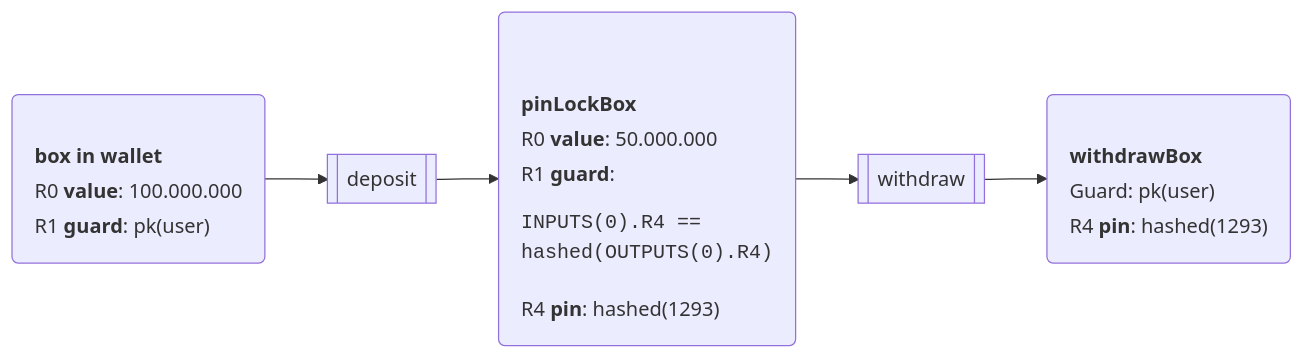
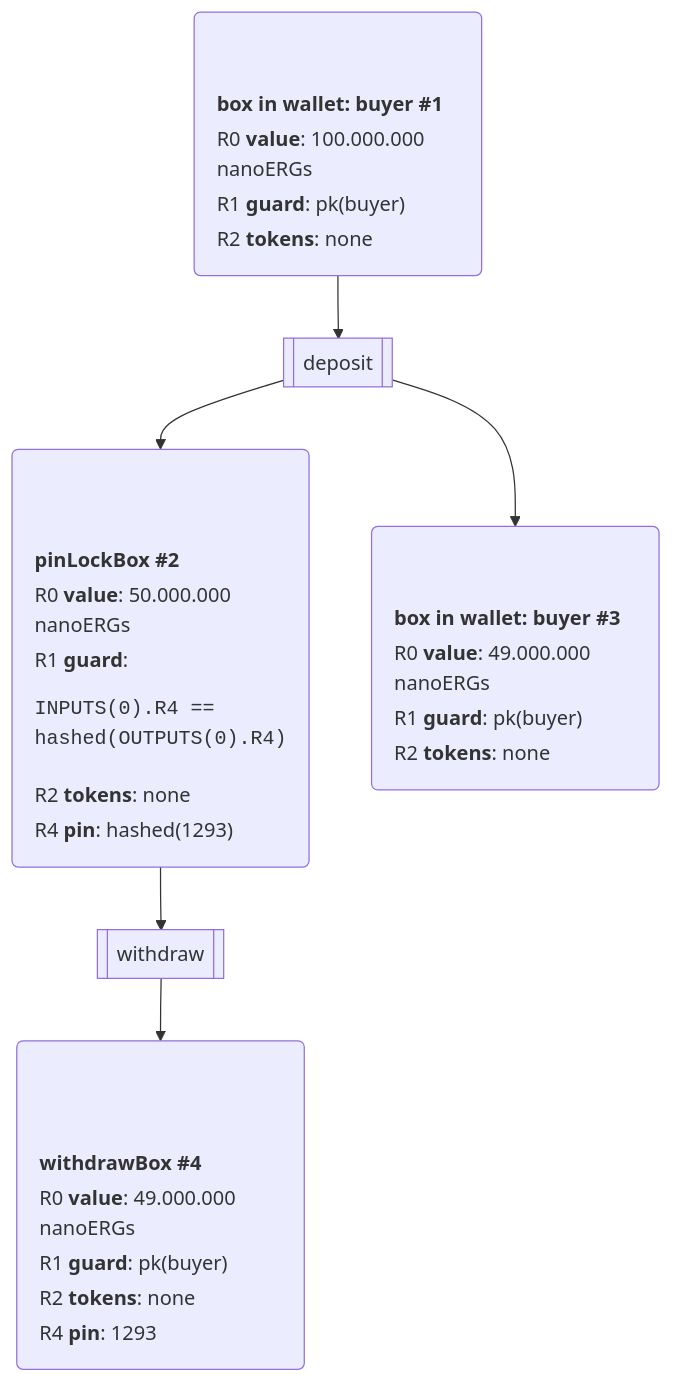
Before and after one commit to RalfWeiss/ergo-course-summary: the diagram in ergoscript/example-contracts/pinLockContract.md, drawn with Mermaid. The commit also changed 4 other files, not shown here.

Commit message:
pinLockContract version 1

````diff
--- a/ergoscript/example-contracts/pinLockContract.md
+++ b/ergoscript/example-contracts/pinLockContract.md
@@ -30,33 +30,47 @@
 ```mermaid
-flowchart LR
+flowchart TD
 
   %% adjust margin-top: lines = 5; margin-top -12ex --> (lines-1) * 3 ex
-  wallet("<table style='text-align:left; margin-top: -9ex; margin-bottom: 0;' > 
-    <tr><th '><b>box in wallet</b></th></tr> 
-    <tr><td >R0 <b>value</b>: 100.000.000</td></tr>     
-    <tr><td >R1 <b>guard</b>: pk(user)</td></tr> 
-    </table>  ")
+  walletBox1("<table style='text-align:left; margin-top: -9ex; margin-bottom: 0;' > 
+    <tr><th><b>box in wallet: buyer #1</b></th></tr> 
+    <tr><td>R0 <b>value</b>: 100.000.000 nanoERGs</td></tr>     
+    <tr><td>R1 <b>guard</b>: pk(buyer)</td></tr> 
+    <tr><td>R2 <b>tokens</b>: none</td></tr> 
+    </table>")
 
   %% adjust margin-top: lines = 5; margin-top -12ex --> (lines-1) * 3 ex
-  pinLockBox("<table style='text-align:left; margin-top: -9ex; margin-bottom: 0;' > 
-    <tr><th '><b>pinLockBox</b></th></tr> 
-    <tr><td >R0 <b>value</b>: 50.000.000</td></tr> 
+  pinLockBox("<table style='text-align:left; margin-top: -10ex; margin-bottom: 0;' > 
+    <tr><th><b>pinLockBox #2</b></th></tr> 
+    <tr><td >R0 <b>value</b>: 50.000.000 nanoERGs</td></tr> 
     <tr><td >R1 <b>guard</b>: <br/><pre>INPUTS(0).R4 == <br/>hashed(OUTPUTS(0).R4)</pre></td></tr> 
+    <tr><td>R2 <b>tokens</b>: none</td></tr> 
     <tr><td >R4 <b>pin</b>: hashed(1293)</td></tr>     
     </table>  ")
 
+  walletBox2("<table style='text-align:left; margin-top: -9ex; margin-bottom: 0;' > 
+    <tr><th><b>box in wallet: buyer #3</b></th></tr> 
+    <tr><td>R0 <b>value</b>: 49.000.000 nanoERGs</td></tr>     
+    <tr><td>R1 <b>guard</b>: pk(buyer)</td></tr> 
+    <tr><td>R2 <b>tokens</b>: none</td></tr> 
+    </table>")
+
   %% adjust margin-top: lines = 5; margin-top -12ex --> (lines-1) * 3 ex
   withdrawBox("<table style='text-align:left; margin-top: -9ex; margin-bottom: 0;' > 
-    <tr><th '><b>withdrawBox</b></th></tr> 
-    <tr><td >Guard: pk(user)</td></tr> 
-    <tr><td >R4 <b>pin</b>: hashed(1293)</td></tr>
+    <tr><th><b>withdrawBox #4</b></th></tr> 
+    <tr><td>R0 <b>value</b>: 49.000.000 nanoERGs</td></tr> 
+    <tr><td>R1 <b>guard</b>: pk(buyer)</td></tr> 
+    <tr><td>R2 <b>tokens</b>: none</td></tr>     
+    <tr><td>R4 <b>pin</b>: 1293</td></tr>
     </table>  ")
 
 
-  TDeposit[["deposit"]]
-  TWithdraw[["withdraw"]]
+  Tx1[["deposit"]]
+  Tx2[["withdraw"]]
 
 
-  wallet --> TDeposit --> pinLockBox --> TWithdraw --> withdrawBox
+  walletBox1 --> Tx1
+  Tx1 --> pinLockBox
+  Tx1 --> walletBox2 
+  pinLockBox --> Tx2 --> withdrawBox
 
 ```
````
